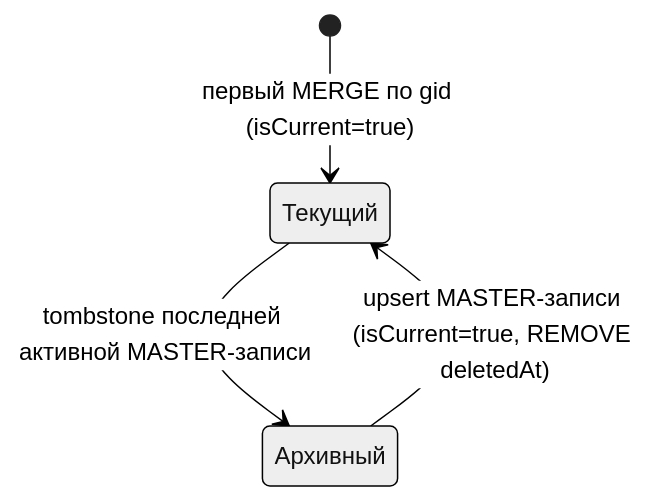
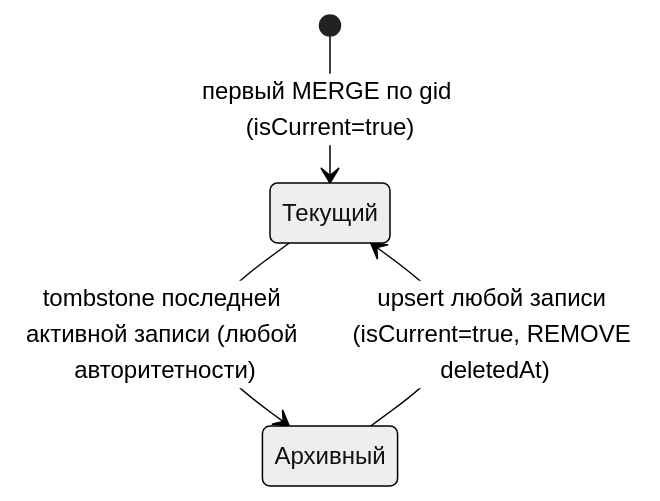
Before and after one commit to Unlocker/architecture-rag: the sixth of 10 diagrams in _reversa_sdd/state-machines.md, drawn with Mermaid (neutral theme). The commit also changed 25 other files, not shown here.

````diff
--- a/_reversa_sdd/state-machines.md
+++ b/_reversa_sdd/state-machines.md
@@ -188,6 +188,6 @@
 ```mermaid
 stateDiagram-v2
     [*] --> Текущий: первый MERGE по gid (isCurrent=true)
-    Текущий --> Архивный: tombstone последней активной MASTER-записи
-    Архивный --> Текущий: upsert MASTER-записи (isCurrent=true, REMOVE deletedAt)
+    Текущий --> Архивный: tombstone последней активной записи (любой авторитетности)
+    Архивный --> Текущий: upsert любой записи (isCurrent=true, REMOVE deletedAt)
 ```
````
